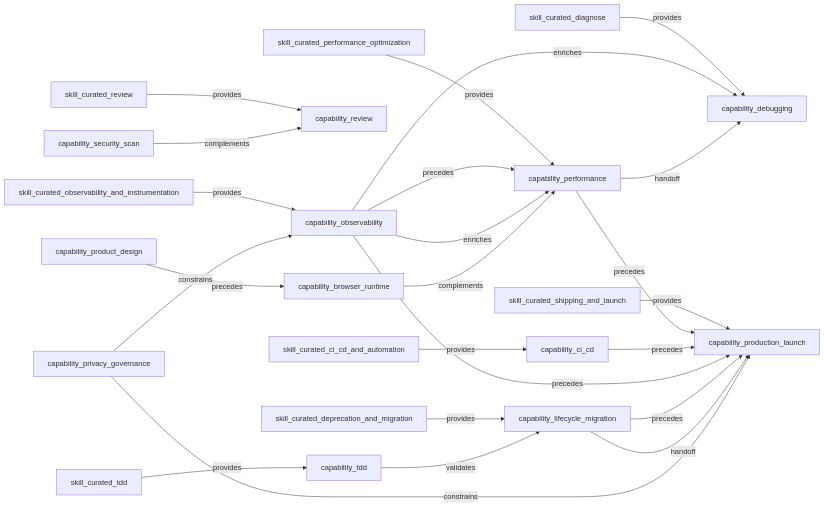
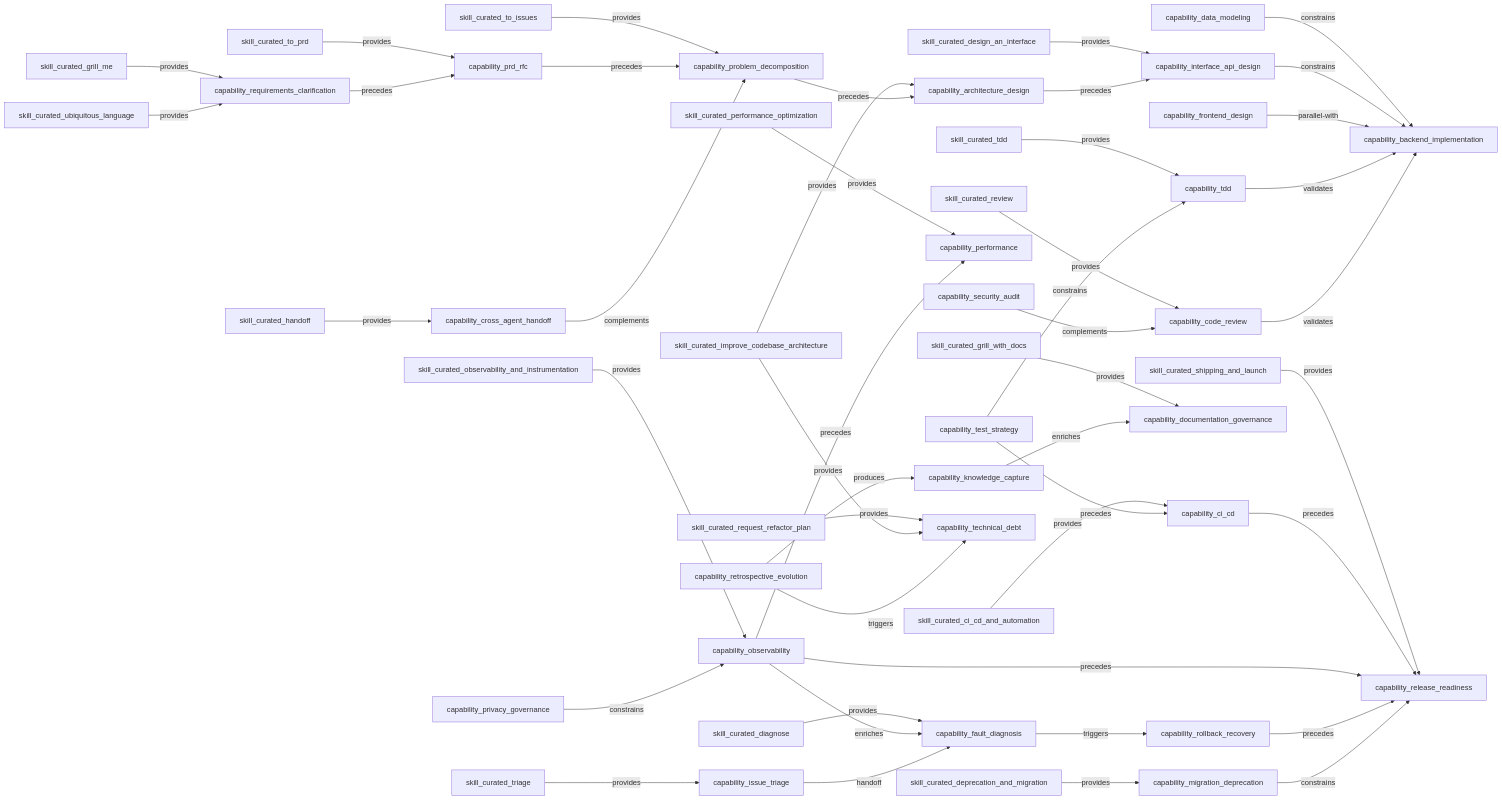
One commit to yiheng8023/agent-skills-curated changed the diagram in generated/topology.mmd. Above: the diagram before and after it, drawn with Mermaid. The commit also changed 11 other files, not shown here.

```diff
--- a/generated/topology.mmd
+++ b/generated/topology.mmd
@@ -1,24 +1,45 @@
 flowchart LR
+  skill_curated_grill_me -- provides --> capability_requirements_clarification
+  skill_curated_ubiquitous_language -- provides --> capability_requirements_clarification
+  skill_curated_to_prd -- provides --> capability_prd_rfc
+  skill_curated_to_issues -- provides --> capability_problem_decomposition
+  skill_curated_improve_codebase_architecture -- provides --> capability_architecture_design
+  skill_curated_design_an_interface -- provides --> capability_interface_api_design
   skill_curated_tdd -- provides --> capability_tdd
-  skill_curated_diagnose -- provides --> capability_debugging
-  skill_curated_review -- provides --> capability_review
+  skill_curated_review -- provides --> capability_code_review
+  skill_curated_performance_optimization -- provides --> capability_performance
+  skill_curated_observability_and_instrumentation -- provides --> capability_observability
   skill_curated_ci_cd_and_automation -- provides --> capability_ci_cd
-  skill_curated_deprecation_and_migration -- provides --> capability_lifecycle_migration
-  skill_curated_observability_and_instrumentation -- provides --> capability_observability
-  skill_curated_performance_optimization -- provides --> capability_performance
-  skill_curated_shipping_and_launch -- provides --> capability_production_launch
+  skill_curated_shipping_and_launch -- provides --> capability_release_readiness
+  skill_curated_deprecation_and_migration -- provides --> capability_migration_deprecation
+  skill_curated_diagnose -- provides --> capability_fault_diagnosis
+  skill_curated_triage -- provides --> capability_issue_triage
+  skill_curated_grill_with_docs -- provides --> capability_documentation_governance
+  skill_curated_request_refactor_plan -- provides --> capability_technical_debt
+  skill_curated_improve_codebase_architecture -- provides --> capability_technical_debt
+  skill_curated_handoff -- provides --> capability_cross_agent_handoff
+  capability_requirements_clarification -- precedes --> capability_prd_rfc
+  capability_prd_rfc -- precedes --> capability_problem_decomposition
+  capability_problem_decomposition -- precedes --> capability_architecture_design
+  capability_architecture_design -- precedes --> capability_interface_api_design
+  capability_data_modeling -- constrains --> capability_backend_implementation
+  capability_interface_api_design -- constrains --> capability_backend_implementation
+  capability_frontend_design -- parallel-with --> capability_backend_implementation
+  capability_tdd -- validates --> capability_backend_implementation
+  capability_test_strategy -- constrains --> capability_tdd
+  capability_code_review -- validates --> capability_backend_implementation
+  capability_security_audit -- complements --> capability_code_review
+  capability_privacy_governance -- constrains --> capability_observability
   capability_observability -- precedes --> capability_performance
-  capability_performance -- precedes --> capability_production_launch
-  capability_ci_cd -- precedes --> capability_production_launch
-  capability_observability -- precedes --> capability_production_launch
-  capability_lifecycle_migration -- precedes --> capability_production_launch
-  capability_observability -- enriches --> capability_debugging
-  capability_observability -- enriches --> capability_performance
-  capability_performance -- handoff --> capability_debugging
-  capability_lifecycle_migration -- handoff --> capability_production_launch
-  capability_security_scan -- complements --> capability_review
-  capability_privacy_governance -- constrains --> capability_observability
-  capability_privacy_governance -- constrains --> capability_production_launch
-  capability_browser_runtime -- complements --> capability_performance
-  capability_product_design -- precedes --> capability_browser_runtime
-  capability_tdd -- validates --> capability_lifecycle_migration
+  capability_test_strategy -- precedes --> capability_ci_cd
+  capability_ci_cd -- precedes --> capability_release_readiness
+  capability_observability -- precedes --> capability_release_readiness
+  capability_rollback_recovery -- precedes --> capability_release_readiness
+  capability_migration_deprecation -- constrains --> capability_release_readiness
+  capability_observability -- enriches --> capability_fault_diagnosis
+  capability_fault_diagnosis -- triggers --> capability_rollback_recovery
+  capability_issue_triage -- handoff --> capability_fault_diagnosis
+  capability_retrospective_evolution -- produces --> capability_knowledge_capture
+  capability_knowledge_capture -- enriches --> capability_documentation_governance
+  capability_retrospective_evolution -- triggers --> capability_technical_debt
+  capability_cross_agent_handoff -- complements --> capability_problem_decomposition
```
